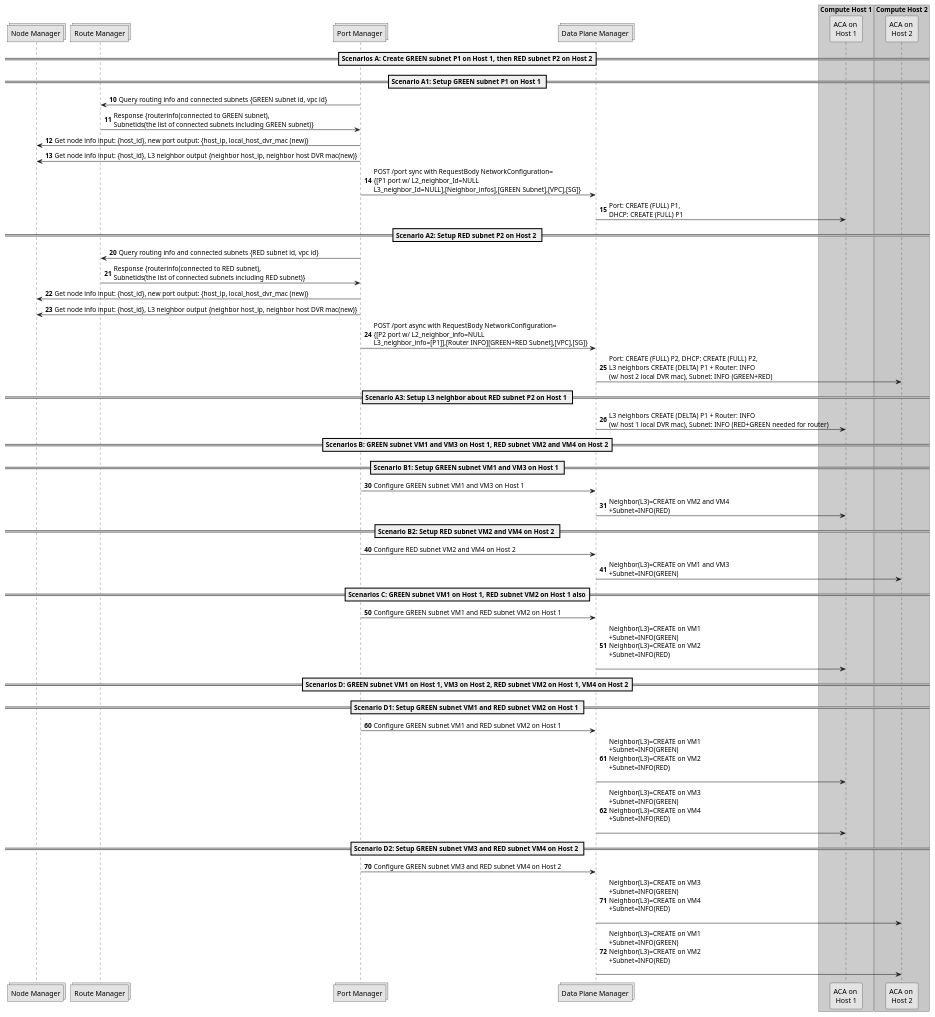
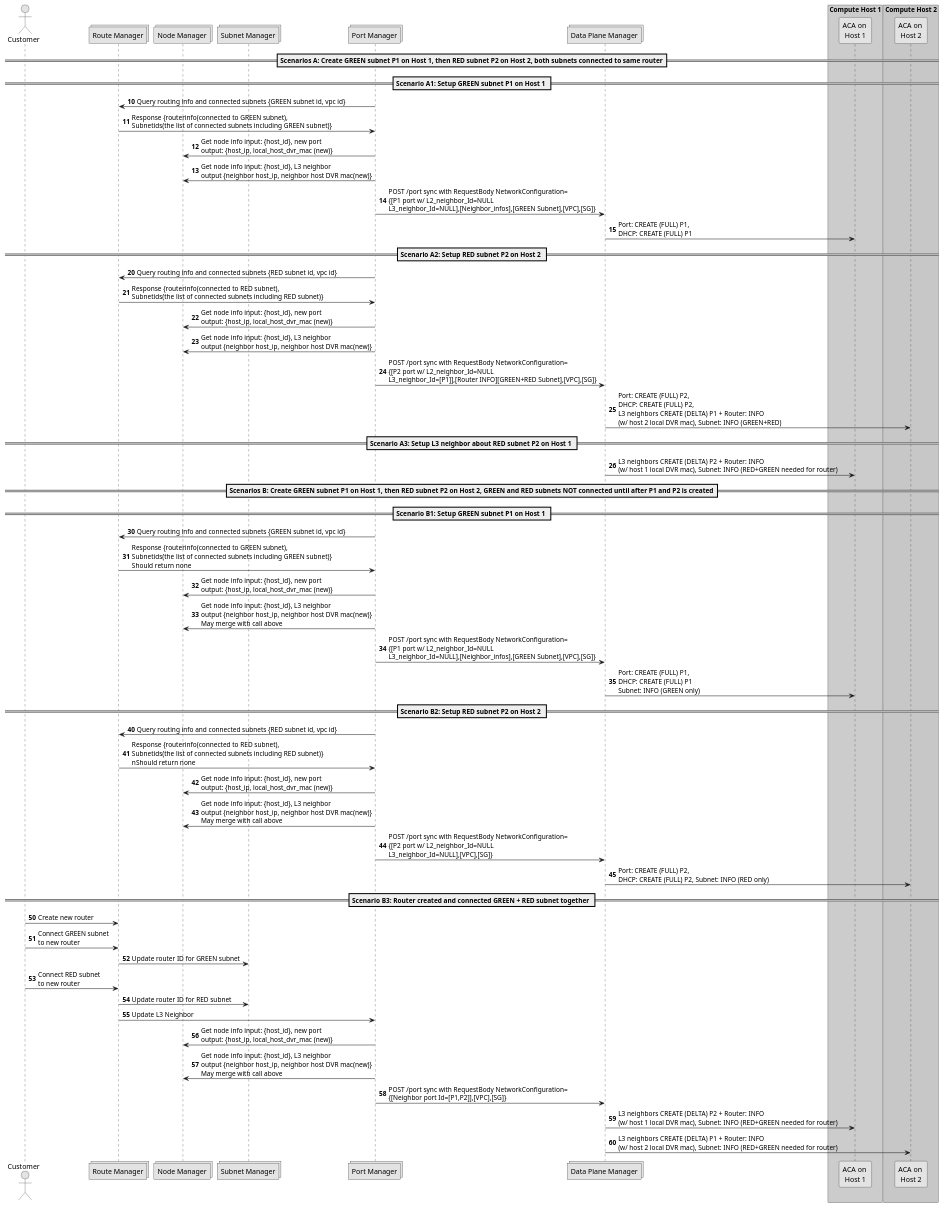
Before and after one commit to futurewei-cloud/alcor: the diagram in docs/modules/ROOT/workflows/router_e2e_workflow.puml, drawn with PlantUML.

Commit message:
added scenario B for router creation after port

```diff
--- a/docs/modules/ROOT/workflows/router_e2e_workflow.puml
+++ b/docs/modules/ROOT/workflows/router_e2e_workflow.puml
@@ -15,78 +15,78 @@
 @startuml
 
 skinparam monochrome true
 
+actor "Customer"
+collections "Route Manager"
 collections "Node Manager"
-collections "Route Manager"
+collections "Subnet Manager"
 collections "Port Manager"
 collections "Data Plane Manager"
 
 box "Compute Host 1" #LightBlue
 participant "ACA on \nHost 1"
 end box
 
 box "Compute Host 2" #LightGreen
 participant "ACA on \nHost 2"
 end box
 
-==Scenarios A: Create GREEN subnet P1 on Host 1, then RED subnet P2 on Host 2==
+==Scenarios A: Create GREEN subnet P1 on Host 1, then RED subnet P2 on Host 2, both subnets connected to same router==
 
 ==Scenario A1: Setup GREEN subnet P1 on Host 1 ==
 autonumber 10
 "Port Manager" -> "Route Manager": Query routing info and connected subnets {GREEN subnet id, vpc id}
 "Route Manager" -> "Port Manager": Response {routerinfo(connected to GREEN subnet),\nSubnetids(the list of connected subnets including GREEN subnet)}
-"Port Manager" -> "Node Manager": Get node info input: {host_id}, new port output: {host_ip, local_host_dvr_mac (new)}
-"Port Manager" -> "Node Manager": Get node info input: {host_id}, L3 neighbor output {neighbor host_ip, neighbor host DVR mac(new)}
+"Port Manager" -> "Node Manager": Get node info input: {host_id}, new port \noutput: {host_ip, local_host_dvr_mac (new)}
+"Port Manager" -> "Node Manager": Get node info input: {host_id}, L3 neighbor \noutput {neighbor host_ip, neighbor host DVR mac(new)}
 "Port Manager" -> "Data Plane Manager": POST /port sync with RequestBody NetworkConfiguration=\n{[P1 port w/ L2_neighbor_Id=NULL \nL3_neighbor_Id=NULL],[Neighbor_infos],[GREEN Subnet],[VPC],[SG]}
 "Data Plane Manager" -> "ACA on \nHost 1": Port: CREATE (FULL) P1, \nDHCP: CREATE (FULL) P1
 
 ==Scenario A2: Setup RED subnet P2 on Host 2 ==
 autonumber 20
 "Port Manager" -> "Route Manager": Query routing info and connected subnets {RED subnet id, vpc id}
 "Route Manager" -> "Port Manager": Response {routerinfo(connected to RED subnet),\nSubnetids(the list of connected subnets including RED subnet)}
-"Port Manager" -> "Node Manager": Get node info input: {host_id}, new port output: {host_ip, local_host_dvr_mac (new)}
-"Port Manager" -> "Node Manager": Get node info input: {host_id}, L3 neighbor output {neighbor host_ip, neighbor host DVR mac(new)}
-"Port Manager" -> "Data Plane Manager": POST /port async with RequestBody NetworkConfiguration=\n{[P2 port w/ L2_neighbor_info=NULL \nL3_neighbor_info=[P1]],[Router INFO][GREEN+RED Subnet],[VPC],[SG]}
-"Data Plane Manager" -> "ACA on \nHost 2": Port: CREATE (FULL) P2, DHCP: CREATE (FULL) P2, \nL3 neighbors CREATE (DELTA) P1 + Router: INFO \n(w/ host 2 local DVR mac), Subnet: INFO (GREEN+RED)
+"Port Manager" -> "Node Manager": Get node info input: {host_id}, new port \noutput: {host_ip, local_host_dvr_mac (new)}
+"Port Manager" -> "Node Manager": Get node info input: {host_id}, L3 neighbor \noutput {neighbor host_ip, neighbor host DVR mac(new)}
+"Port Manager" -> "Data Plane Manager": POST /port sync with RequestBody NetworkConfiguration=\n{[P2 port w/ L2_neighbor_Id=NULL \nL3_neighbor_Id=[P1]],[Router INFO][GREEN+RED Subnet],[VPC],[SG]}
+"Data Plane Manager" -> "ACA on \nHost 2": Port: CREATE (FULL) P2, \nDHCP: CREATE (FULL) P2, \nL3 neighbors CREATE (DELTA) P1 + Router: INFO \n(w/ host 2 local DVR mac), Subnet: INFO (GREEN+RED)
 
 ==Scenario A3: Setup L3 neighbor about RED subnet P2 on Host 1 ==
-"Data Plane Manager" -> "ACA on \nHost 1": L3 neighbors CREATE (DELTA) P1 + Router: INFO \n(w/ host 1 local DVR mac), Subnet: INFO (RED+GREEN needed for router)
+"Data Plane Manager" -> "ACA on \nHost 1": L3 neighbors CREATE (DELTA) P2 + Router: INFO \n(w/ host 1 local DVR mac), Subnet: INFO (RED+GREEN needed for router)
 
 
-==Scenarios B: GREEN subnet VM1 and VM3 on Host 1, RED subnet VM2 and VM4 on Host 2==
+==Scenarios B: Create GREEN subnet P1 on Host 1, then RED subnet P2 on Host 2, GREEN and RED subnets NOT connected until after P1 and P2 is created==
 
-==Scenario B1: Setup GREEN subnet VM1 and VM3 on Host 1 ==
+==Scenario B1: Setup GREEN subnet P1 on Host 1 ==
 autonumber 30
-"Port Manager" -> "Data Plane Manager": Configure GREEN subnet VM1 and VM3 on Host 1
-"Data Plane Manager" -> "ACA on \nHost 1": Neighbor(L3)=CREATE on VM2 and VM4\n+Subnet=INFO(RED)
+"Port Manager" -> "Route Manager": Query routing info and connected subnets {GREEN subnet id, vpc id}
+"Route Manager" -> "Port Manager": Response {routerinfo(connected to GREEN subnet),\nSubnetids(the list of connected subnets including GREEN subnet)}\nShould return none
+"Port Manager" -> "Node Manager": Get node info input: {host_id}, new port \noutput: {host_ip, local_host_dvr_mac (new)}
+"Port Manager" -> "Node Manager": Get node info input: {host_id}, L3 neighbor \noutput {neighbor host_ip, neighbor host DVR mac(new)}\nMay merge with call above
+"Port Manager" -> "Data Plane Manager": POST /port sync with RequestBody NetworkConfiguration=\n{[P1 port w/ L2_neighbor_Id=NULL \nL3_neighbor_Id=NULL],[Neighbor_infos],[GREEN Subnet],[VPC],[SG]}
+"Data Plane Manager" -> "ACA on \nHost 1": Port: CREATE (FULL) P1, \nDHCP: CREATE (FULL) P1\nSubnet: INFO (GREEN only)
 
-==Scenario B2: Setup RED subnet VM2 and VM4 on Host 2 ==
+==Scenario B2: Setup RED subnet P2 on Host 2 ==
 autonumber 40
-"Port Manager" -> "Data Plane Manager": Configure RED subnet VM2 and VM4 on Host 2
-"Data Plane Manager" -> "ACA on \nHost 2": Neighbor(L3)=CREATE on VM1 and VM3\n+Subnet=INFO(GREEN)
+"Port Manager" -> "Route Manager": Query routing info and connected subnets {RED subnet id, vpc id}
+"Route Manager" -> "Port Manager": Response {routerinfo(connected to RED subnet),\nSubnetids(the list of connected subnets including RED subnet)}\nnShould return none
+"Port Manager" -> "Node Manager": Get node info input: {host_id}, new port \noutput: {host_ip, local_host_dvr_mac (new)}
+"Port Manager" -> "Node Manager": Get node info input: {host_id}, L3 neighbor \noutput {neighbor host_ip, neighbor host DVR mac(new)}\nMay merge with call above
+"Port Manager" -> "Data Plane Manager": POST /port sync with RequestBody NetworkConfiguration=\n{[P2 port w/ L2_neighbor_Id=NULL \nL3_neighbor_Id=NULL],[VPC],[SG]}
+"Data Plane Manager" -> "ACA on \nHost 2": Port: CREATE (FULL) P2, \nDHCP: CREATE (FULL) P2, Subnet: INFO (RED only)
 
-
-==Scenarios C: GREEN subnet VM1 on Host 1, RED subnet VM2 on Host 1 also==
-
+==Scenario B3: Router created and connected GREEN + RED subnet together ==
 autonumber 50
-"Port Manager" -> "Data Plane Manager": Configure GREEN subnet VM1 and RED subnet VM2 on Host 1
-"Data Plane Manager" -> "ACA on \nHost 1": Neighbor(L3)=CREATE on VM1\n+Subnet=INFO(GREEN)\nNeighbor(L3)=CREATE on VM2\n+Subnet=INFO(RED)\n
-
-
-==Scenarios D: GREEN subnet VM1 on Host 1, VM3 on Host 2, RED subnet VM2 on Host 1, VM4 on Host 2==
-
-==Scenario D1: Setup GREEN subnet VM1 and RED subnet VM2 on Host 1 ==
-autonumber 60
-"Port Manager" -> "Data Plane Manager": Configure GREEN subnet VM1 and RED subnet VM2 on Host 1
-"Data Plane Manager" -> "ACA on \nHost 1": Neighbor(L3)=CREATE on VM1\n+Subnet=INFO(GREEN)\nNeighbor(L3)=CREATE on VM2\n+Subnet=INFO(RED)\n
-"Data Plane Manager" -> "ACA on \nHost 1": Neighbor(L3)=CREATE on VM3\n+Subnet=INFO(GREEN)\nNeighbor(L3)=CREATE on VM4\n+Subnet=INFO(RED)\n
-
-==Scenario D2: Setup GREEN subnet VM3 and RED subnet VM4 on Host 2 ==
-autonumber 70
-"Port Manager" -> "Data Plane Manager": Configure GREEN subnet VM3 and RED subnet VM4 on Host 2
-"Data Plane Manager" -> "ACA on \nHost 2": Neighbor(L3)=CREATE on VM3\n+Subnet=INFO(GREEN)\nNeighbor(L3)=CREATE on VM4\n+Subnet=INFO(RED)\n
-"Data Plane Manager" -> "ACA on \nHost 2": Neighbor(L3)=CREATE on VM1\n+Subnet=INFO(GREEN)\nNeighbor(L3)=CREATE on VM2\n+Subnet=INFO(RED)\n
-
-
+"Customer" -> "Route Manager": Create new router
+"Customer" -> "Route Manager": Connect GREEN subnet \nto new router
+"Route Manager" -> "Subnet Manager": Update router ID for GREEN subnet
+"Customer" -> "Route Manager": Connect RED subnet \nto new router
+"Route Manager" -> "Subnet Manager": Update router ID for RED subnet
+"Route Manager" -> "Port Manager": Update L3 Neighbor
+"Port Manager" -> "Node Manager": Get node info input: {host_id}, new port \noutput: {host_ip, local_host_dvr_mac (new)}
+"Port Manager" -> "Node Manager": Get node info input: {host_id}, L3 neighbor \noutput {neighbor host_ip, neighbor host DVR mac(new)}\nMay merge with call above
+"Port Manager" -> "Data Plane Manager": POST /port sync with RequestBody NetworkConfiguration=\n{[Neighbor port Id=[P1,P2]],[VPC],[SG]} 
+"Data Plane Manager" -> "ACA on \nHost 1": L3 neighbors CREATE (DELTA) P2 + Router: INFO \n(w/ host 1 local DVR mac), Subnet: INFO (RED+GREEN needed for router)
+"Data Plane Manager" -> "ACA on \nHost 2": L3 neighbors CREATE (DELTA) P1 + Router: INFO \n(w/ host 2 local DVR mac), Subnet: INFO (RED+GREEN needed for router)
 
 @enduml
```
